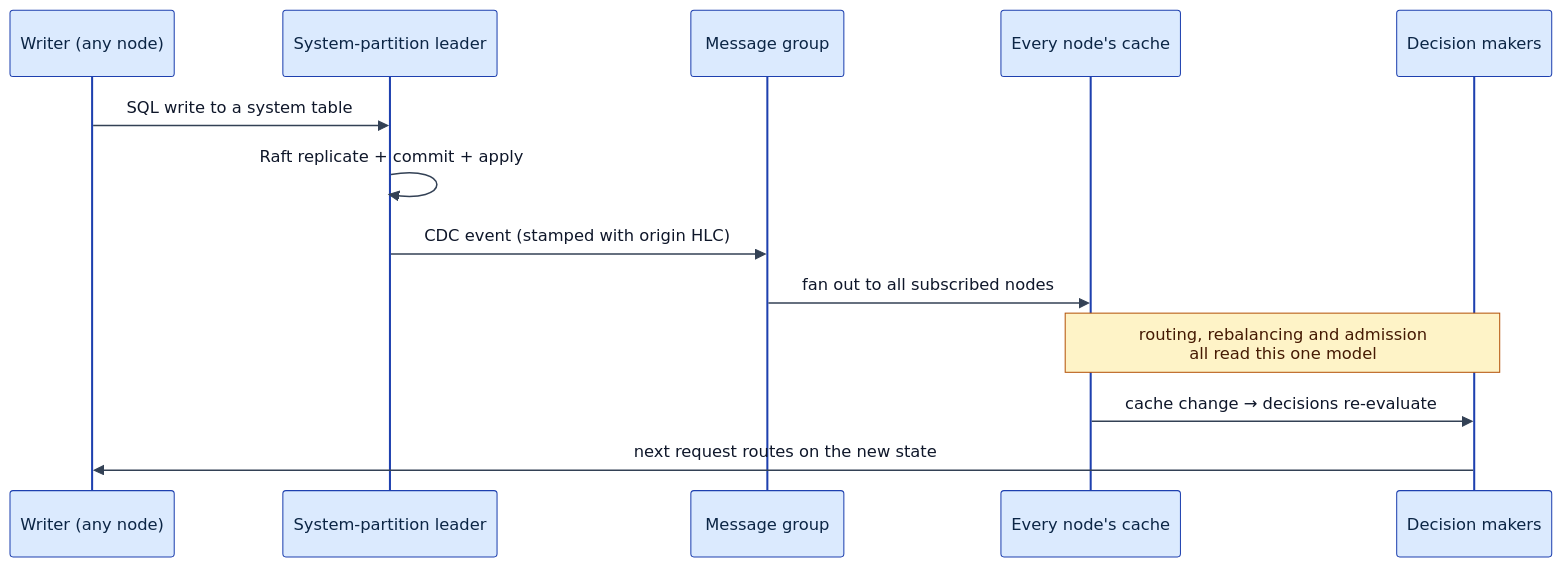
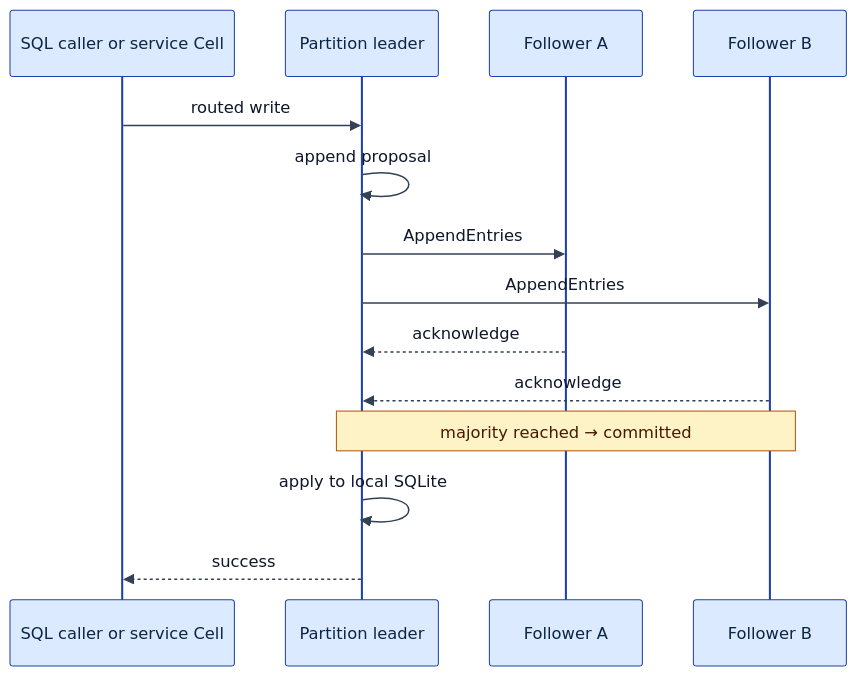
Before and after one commit to psvensson/lagrange: the seventh of 9 diagrams in architecture/system-model.md, drawn with Mermaid. The commit also changed other lines of this file, not shown here.

Commit message:
Rebuild Lagrange system mental model

````diff
--- a/architecture/system-model.md
+++ b/architecture/system-model.md
@@ -173,17 +283,18 @@
 ```mermaid
 %%{init: {'theme':'base','themeVariables':{'background':'#ffffff','actorBkg':'#dbeafe','actorBorder':'#1e40af','actorTextColor':'#0b2545','signalColor':'#334155','signalTextColor':'#0f172a','noteBkgColor':'#fef3c7','noteBorderColor':'#b45309','noteTextColor':'#451a03'}}}%%
 sequenceDiagram
-  participant W as Writer (any node)
-  participant L as System-partition leader
-  participant MG as Message group
-  participant C as Every node's cache
-  participant D as Decision makers
+  participant X as SQL caller or service Cell
+  participant L as Partition leader
+  participant F1 as Follower A
+  participant F2 as Follower B
 
-  W->>L: SQL write to a system table
-  L->>L: Raft replicate + commit + apply
-  L->>MG: CDC event (stamped with origin HLC)
-  MG->>C: fan out to all subscribed nodes
-  Note over C,D: routing, rebalancing and admission<br/>all read this one model
-  C->>D: cache change → decisions re-evaluate
-  D->>W: next request routes on the new state
+  X->>L: routed write
+  L->>L: append proposal
+  L->>F1: AppendEntries
+  L->>F2: AppendEntries
+  F1-->>L: acknowledge
+  F2-->>L: acknowledge
+  Note over L,F2: majority reached → committed
+  L->>L: apply to local SQLite
+  L-->>X: success
 ```
````
